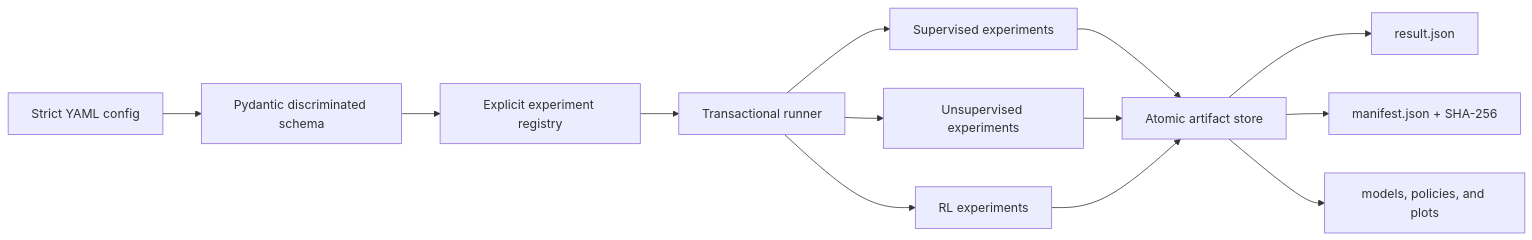
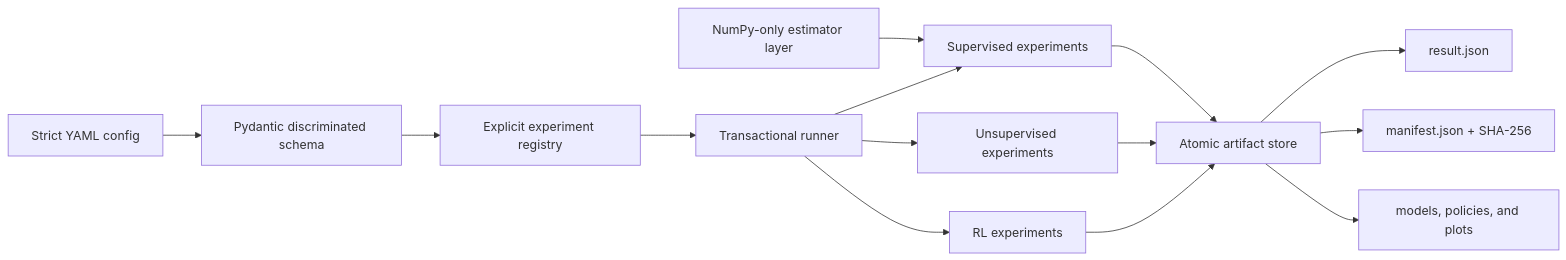
Before and after one commit to srgangaram-swe/learning-systems-atlas: the diagram in README.md, drawn with Mermaid. The commit also changed other lines of this file and 68 other files, not shown here.

````diff
--- a/README.md
+++ b/README.md
@@ -107,15 +156,16 @@
 ```mermaid
 flowchart LR
     YAML[Strict YAML config] --> ADAPTER[Pydantic discriminated schema]
     ADAPTER --> REGISTRY[Explicit experiment registry]
     REGISTRY --> RUNNER[Transactional runner]
+    NUMPY[NumPy-only estimator layer] --> SUP[Supervised experiments]
     RUNNER --> SUP[Supervised experiments]
     RUNNER --> UNSUP[Unsupervised experiments]
     RUNNER --> RL[RL experiments]
     SUP --> STORE[Atomic artifact store]
     UNSUP --> STORE
     RL --> STORE
     STORE --> RESULT[result.json]
     STORE --> MANIFEST[manifest.json + SHA-256]
     STORE --> EVIDENCE[models, policies, and plots]
 ```
````
